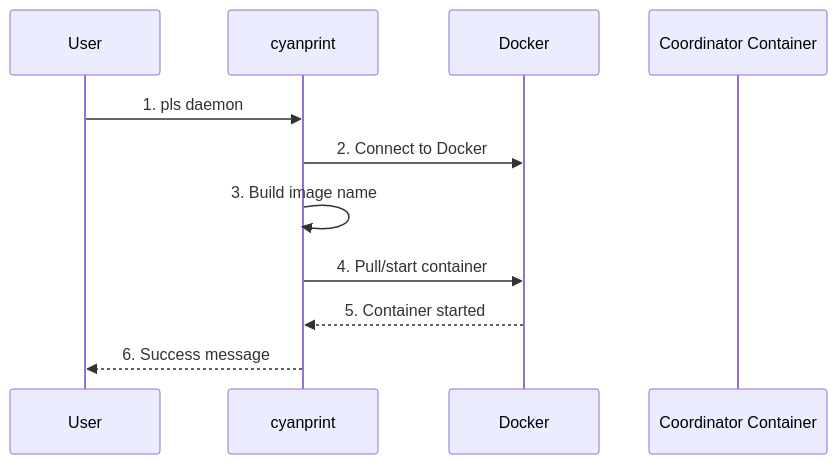
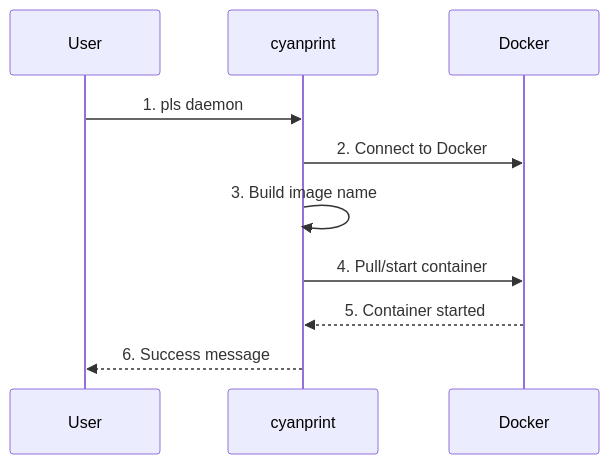
The diagram in docs/developer/surfaces/cli/04-daemon.md (AtomiCloud/sulfone.iridium), drawn with Mermaid before and after one commit. The commit also changed other lines of this file and 22 other files, not shown here.

````diff
--- a/docs/developer/surfaces/cli/04-daemon.md
+++ b/docs/developer/surfaces/cli/04-daemon.md
@@ -72,14 +74,13 @@
 ```mermaid
 sequenceDiagram
     participant U as User
     participant CLI as cyanprint
     participant Docker as Docker
-    participant Coord as Coordinator Container
 
     U->>CLI: 1. pls daemon
     CLI->>Docker: 2. Connect to Docker
     CLI->>CLI: 3. Build image name
     CLI->>Docker: 4. Pull/start container
     Docker-->>CLI: 5. Container started
     CLI-->>U: 6. Success message
 ```
````
